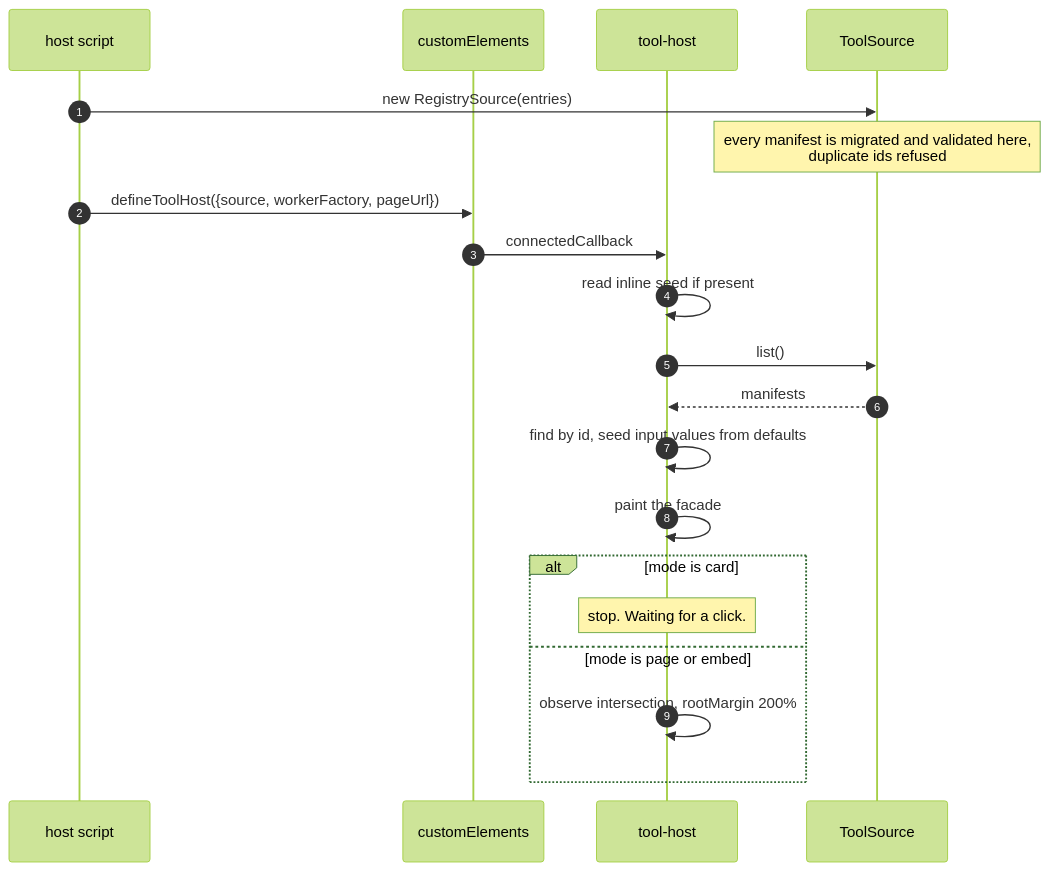
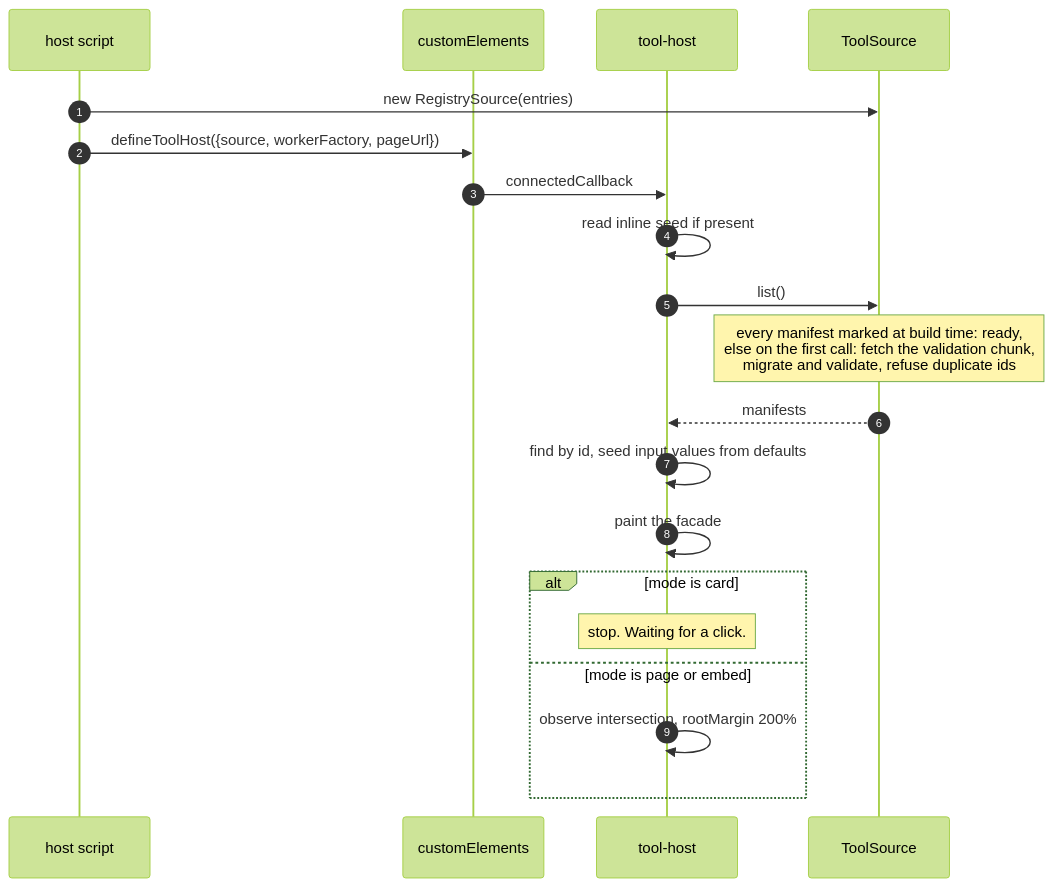
The third of 8 diagrams in docs/architecture.md (eknowledger/toolbench), drawn with Mermaid (forest theme) before and after one commit. The commit also changed other lines of this file and 43 other files, not shown here.

First line of the commit message:
perf: tool manifests checked at build time, the validator a chunk only unchecked manifests fetch (#274)

````diff
--- a/docs/architecture.md
+++ b/docs/architecture.md
@@ -566,23 +600,23 @@
 ```mermaid
 sequenceDiagram
     autonumber
     participant H as host script
     participant CE as customElements
     participant EL as tool-host
     participant S as ToolSource
 
     H->>S: new RegistrySource(entries)
-    Note over S: every manifest is migrated and validated here,<br/>duplicate ids refused
     H->>CE: defineToolHost({source, workerFactory, pageUrl})
     CE->>EL: connectedCallback
     EL->>EL: read inline seed if present
     EL->>S: list()
+    Note over S: every manifest marked at build time: ready,<br/>else on the first call: fetch the validation chunk,<br/>migrate and validate, refuse duplicate ids
     S-->>EL: manifests
     EL->>EL: find by id, seed input values from defaults
     EL->>EL: paint the facade
     alt mode is card
         Note over EL: stop. Waiting for a click.
     else mode is page or embed
         EL->>EL: observe intersection, rootMargin 200%
     end
 ```
````
